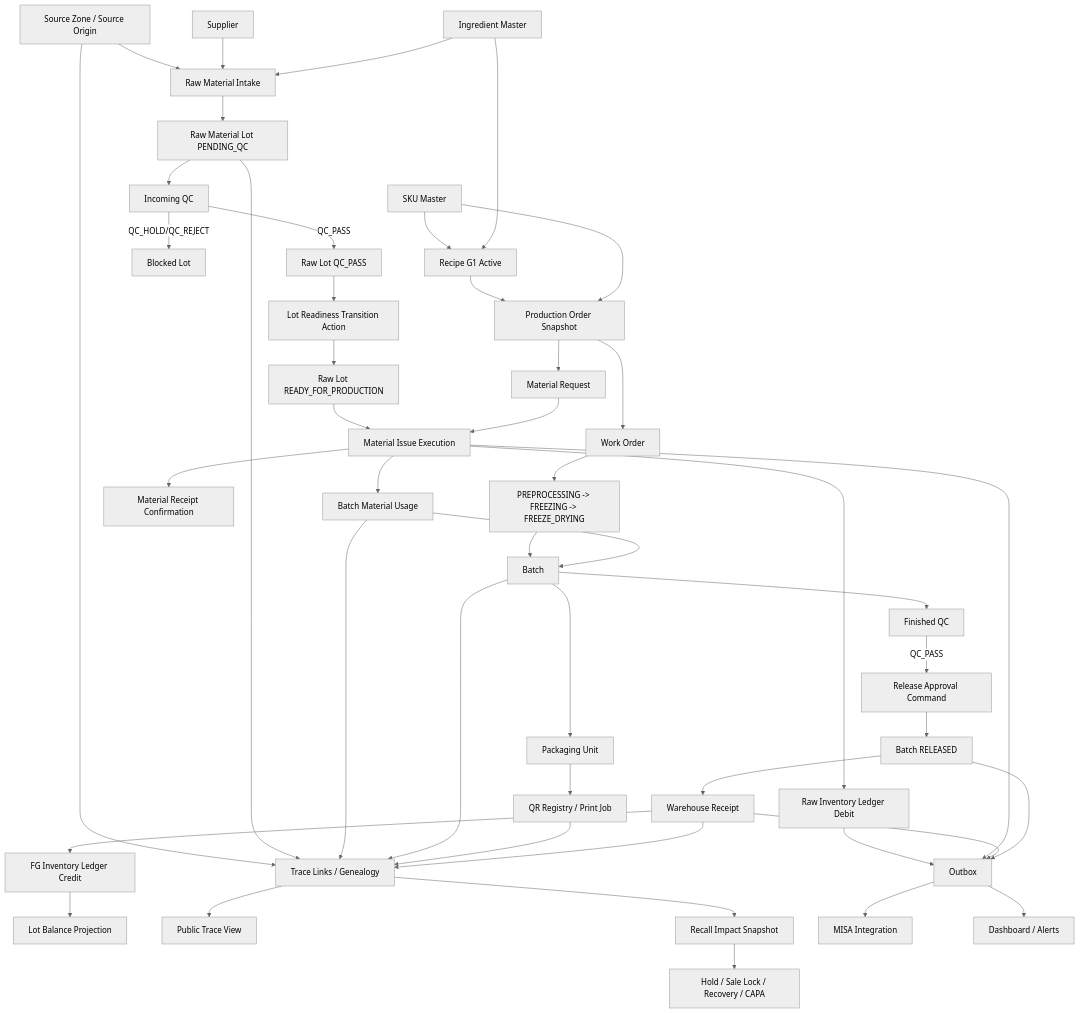
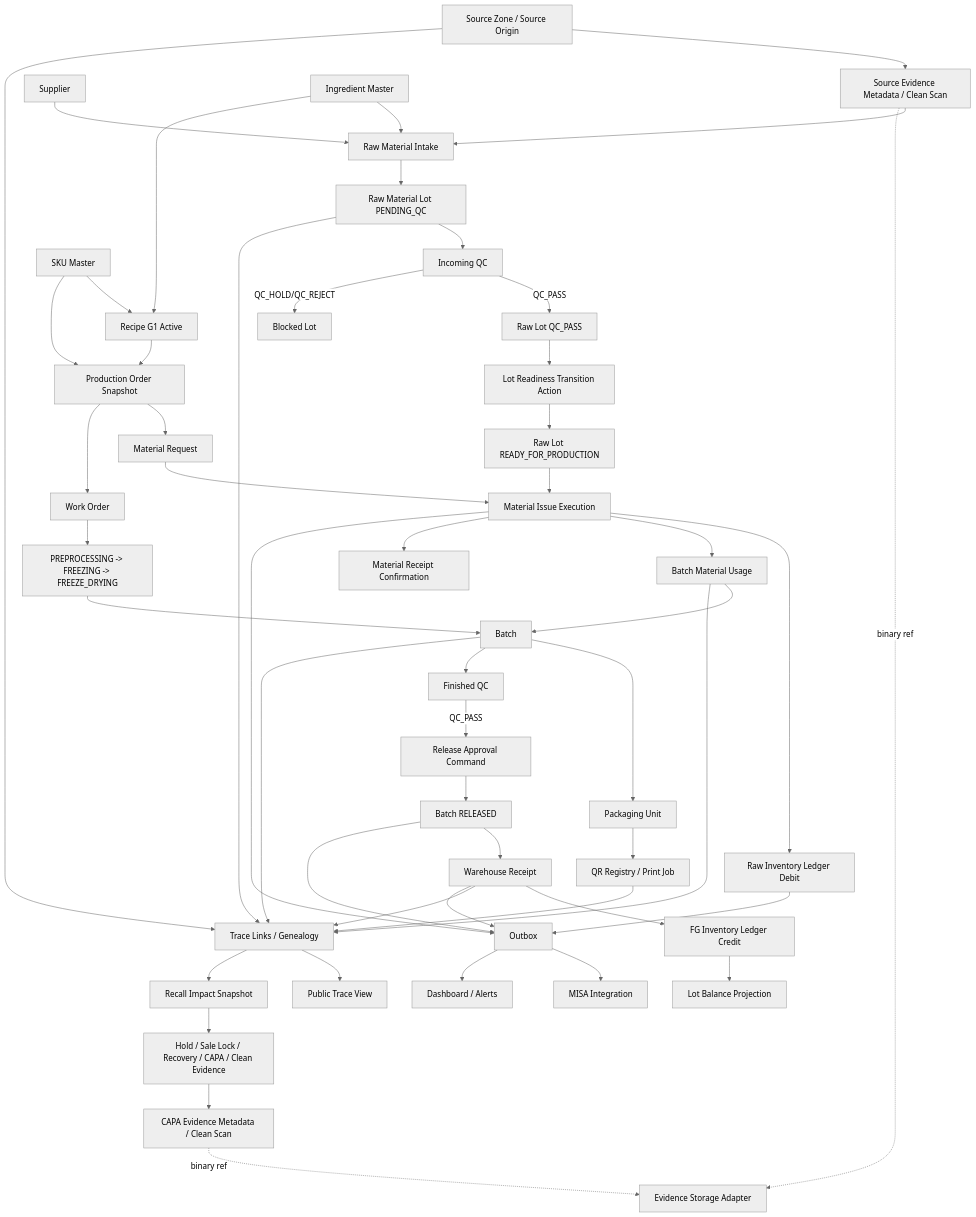
The diagram in docs/software-specs/architecture/06_DATA_FLOW_DIAGRAM.md (ngquoctoan2001/Ginsengfood-Operational-System), drawn with Mermaid (neutral theme) before and after one commit. The commit also changed other lines of this file and 283 other files, not shown here.

````diff
--- a/docs/software-specs/architecture/06_DATA_FLOW_DIAGRAM.md
+++ b/docs/software-specs/architecture/06_DATA_FLOW_DIAGRAM.md
@@ -7,55 +7,59 @@
 ```mermaid
 flowchart TD
-  SZ[Source Zone / Source Origin] --> RM[Raw Material Intake]
+  SZ[Source Zone / Source Origin] --> SEV[Source Evidence Metadata / Clean Scan]
+  SEV --> RM[Raw Material Intake]
   SUP[Supplier] --> RM
   ING[Ingredient Master] --> RM
   RM --> RLOT[Raw Material Lot PENDING_QC]
   RLOT --> RQC[Incoming QC]
   RQC -->|QC_PASS| QCP[Raw Lot QC_PASS]
   QCP --> RTA[Lot Readiness Transition Action]
   RTA --> RFP[Raw Lot READY_FOR_PRODUCTION]
   RQC -->|QC_HOLD/QC_REJECT| BLOCK[Blocked Lot]
 
   SKU[SKU Master] --> REC[Recipe G1 Active]
   ING --> REC
   REC --> PO[Production Order Snapshot]
   SKU --> PO
 
   PO --> MRQ[Material Request]
   RFP --> MI[Material Issue Execution]
   MRQ --> MI
   MI --> LEDGER1[Raw Inventory Ledger Debit]
   MI --> USAGE[Batch Material Usage]
   MI --> MRC[Material Receipt Confirmation]
 
   PO --> WO[Work Order]
   WO --> PROC[PREPROCESSING -> FREEZING -> FREEZE_DRYING]
   PROC --> BATCH[Batch]
   USAGE --> BATCH
 
   BATCH --> PKG[Packaging Unit]
   PKG --> QR[QR Registry / Print Job]
   BATCH --> FQC[Finished QC]
   FQC -->|QC_PASS| RELCMD[Release Approval Command]
   RELCMD --> REL[Batch RELEASED]
   REL --> WHR[Warehouse Receipt]
   WHR --> LEDGER2[FG Inventory Ledger Credit]
   LEDGER2 --> BAL[Lot Balance Projection]
 
   SZ --> TRACE[Trace Links / Genealogy]
   RLOT --> TRACE
   USAGE --> TRACE
   BATCH --> TRACE
   QR --> TRACE
   WHR --> TRACE
   TRACE --> PUB[Public Trace View]
   TRACE --> RECALL[Recall Impact Snapshot]
-  RECALL --> HOLD[Hold / Sale Lock / Recovery / CAPA]
+  RECALL --> HOLD[Hold / Sale Lock / Recovery / CAPA / Clean Evidence]
+  HOLD --> CAPAEV[CAPA Evidence Metadata / Clean Scan]
+  SEV -. binary ref .-> ESTORE[Evidence Storage Adapter]
+  CAPAEV -. binary ref .-> ESTORE
 
   LEDGER1 --> OUTBOX[Outbox]
   MI --> OUTBOX
   WHR --> OUTBOX
   REL --> OUTBOX
   OUTBOX --> MISA[MISA Integration]
   OUTBOX --> DASH[Dashboard / Alerts]
 ```
````
